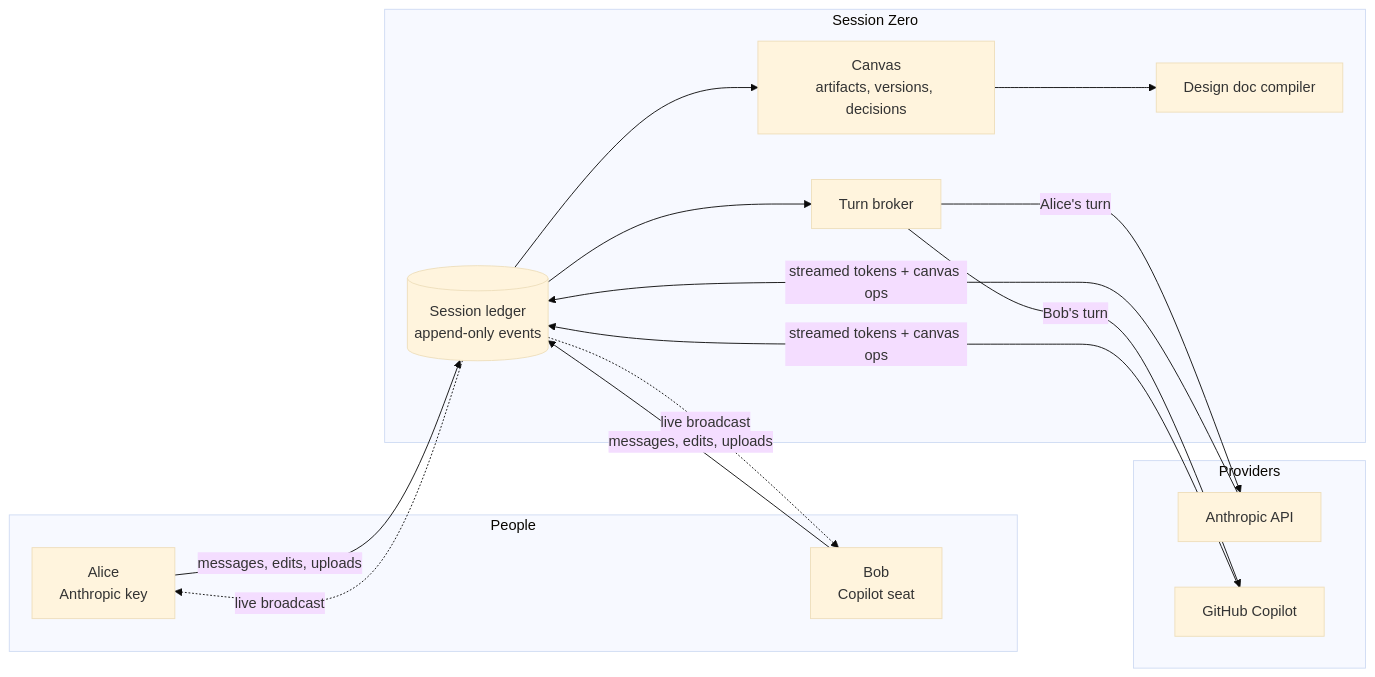
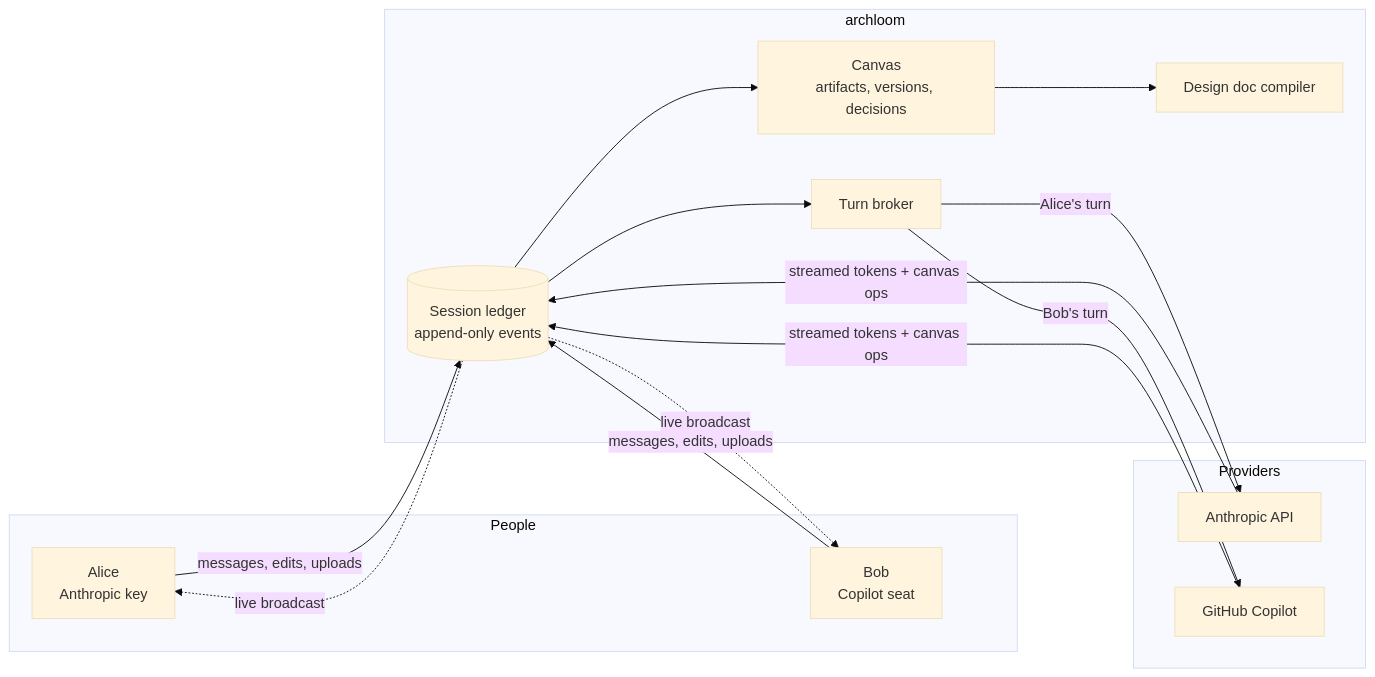
The first of 9 diagrams in docs/02-architecture.md (EpoCo742/tandem), drawn with Mermaid (base theme) before and after one commit. The commit also changed other lines of this file and 53 other files, not shown here.

````diff
--- a/docs/02-architecture.md
+++ b/docs/02-architecture.md
@@ -18,26 +18,26 @@
 ```mermaid
 flowchart LR
     subgraph People
         A[Alice<br/>Anthropic key]
         B[Bob<br/>Copilot seat]
     end
-    subgraph Session Zero
+    subgraph archloom
         L[(Session ledger<br/>append-only events)]
         T[Turn broker]
         C[Canvas<br/>artifacts, versions, decisions]
         D[Design doc compiler]
     end
     subgraph Providers
         P1[Anthropic API]
         P2[GitHub Copilot]
     end
     A -- messages, edits, uploads --> L
     B -- messages, edits, uploads --> L
     L --> T
     T -- Alice's turn --> P1
     T -- Bob's turn --> P2
     P1 & P2 -- streamed tokens + canvas ops --> L
     L --> C
     C --> D
     L -. live broadcast .-> A & B
 ```
````
